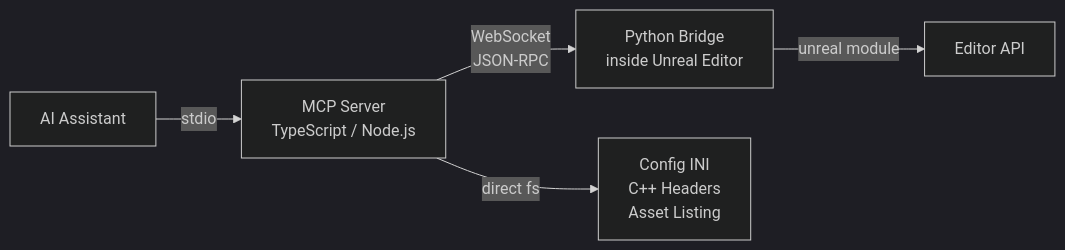
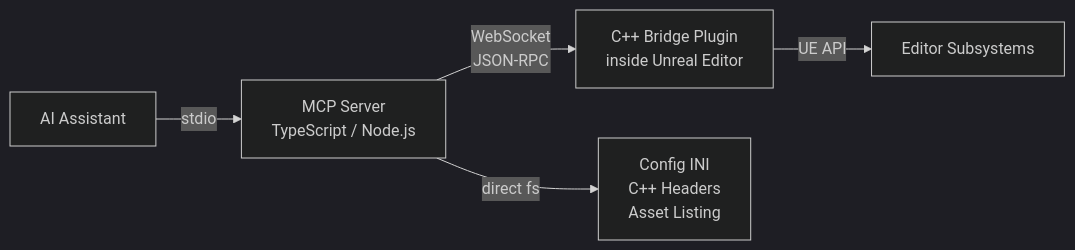
Before and after one commit to db-lyon/ue-mcp: the diagram in README.md, drawn with Mermaid (dark theme). The commit also changed other lines of this file and 1 other file, not shown here.

````diff
--- a/README.md
+++ b/README.md
@@ -78,7 +5,7 @@
 ```mermaid
 flowchart LR
-    AI[AI Assistant] -->|stdio| MCP[MCP Server\nTypeScript / Node.js]
-    MCP -->|WebSocket\nJSON-RPC| Bridge[Python Bridge\ninside Unreal Editor]
-    Bridge -->|unreal module| Editor[Editor API]
-    MCP -->|direct fs| FS[Config INI\nC++ Headers\nAsset Listing]
+    AI[AI Assistant] -->|stdio| MCP[MCP Server<br/>TypeScript / Node.js]
+    MCP -->|WebSocket<br/>JSON-RPC| Plugin[C++ Bridge Plugin<br/>inside Unreal Editor]
+    Plugin -->|UE API| Editor[Editor Subsystems]
+    MCP -->|direct fs| FS[Config INI<br/>C++ Headers<br/>Asset Listing]
 ```
````
